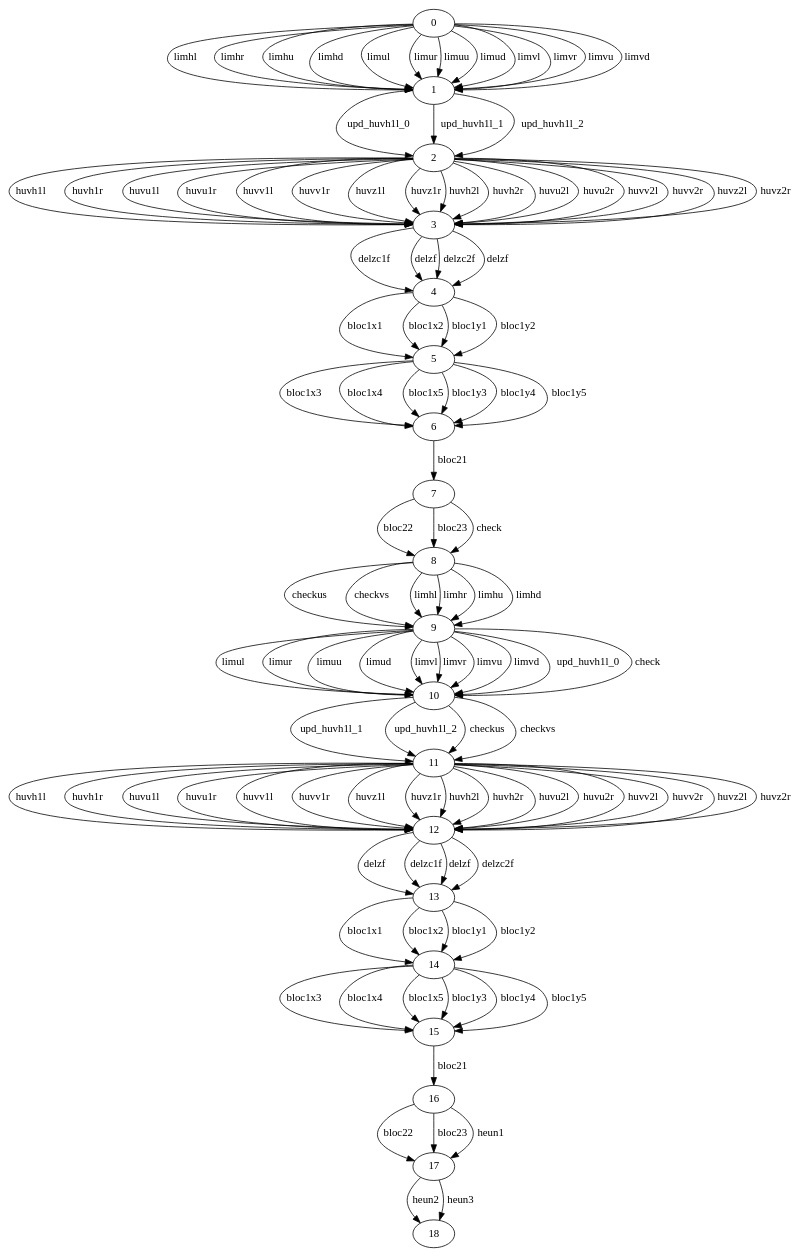
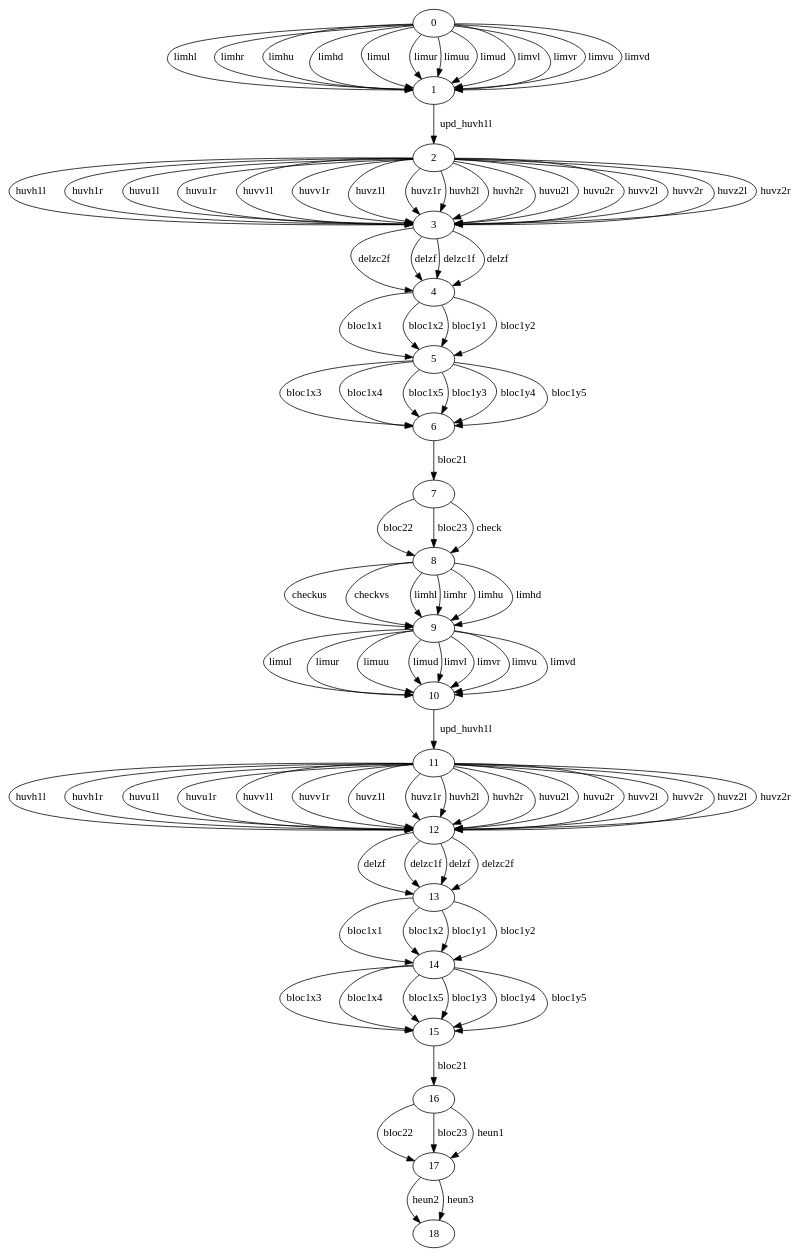
The diagram in MSP_CAC/outputs/inverse.dot (jbigot/csm), drawn with Graphviz before and after one commit. The commit also changed 10 other files, not shown here.

```diff
--- a/MSP_CAC/outputs/inverse.dot
+++ b/MSP_CAC/outputs/inverse.dot
@@ -24,11 +24,7 @@
 0 -> 1 [key=11,
 label=limvd];
 1 -> 2 [key=0,
-label=upd_huvh1l_0];
-1 -> 2 [key=1,
-label=upd_huvh1l_1];
-1 -> 2 [key=2,
-label=upd_huvh1l_2];
+label=upd_huvh1l];
 2 -> 3 [key=0,
 label=huvh1l];
 2 -> 3 [key=1,
@@ -62,11 +58,11 @@
 2 -> 3 [key=15,
 label=huvz2r];
 3 -> 4 [key=0,
-label=delzc1f];
+label=delzc2f];
 3 -> 4 [key=1,
 label=delzf];
 3 -> 4 [key=2,
-label=delzc2f];
+label=delzc1f];
 3 -> 4 [key=3,
 label=delzf];
 4 -> 5 [key=0,
@@ -125,18 +121,8 @@
 label=limvu];
 9 -> 10 [key=7,
 label=limvd];
-9 -> 10 [key=8,
-label=upd_huvh1l_0];
-9 -> 10 [key=9,
-label=check];
 10 -> 11 [key=0,
-label=upd_huvh1l_1];
-10 -> 11 [key=1,
-label=upd_huvh1l_2];
-10 -> 11 [key=2,
-label=checkus];
-10 -> 11 [key=3,
-label=checkvs];
+label=upd_huvh1l];
 11 -> 12 [key=0,
 label=huvh1l];
 11 -> 12 [key=1,
```
